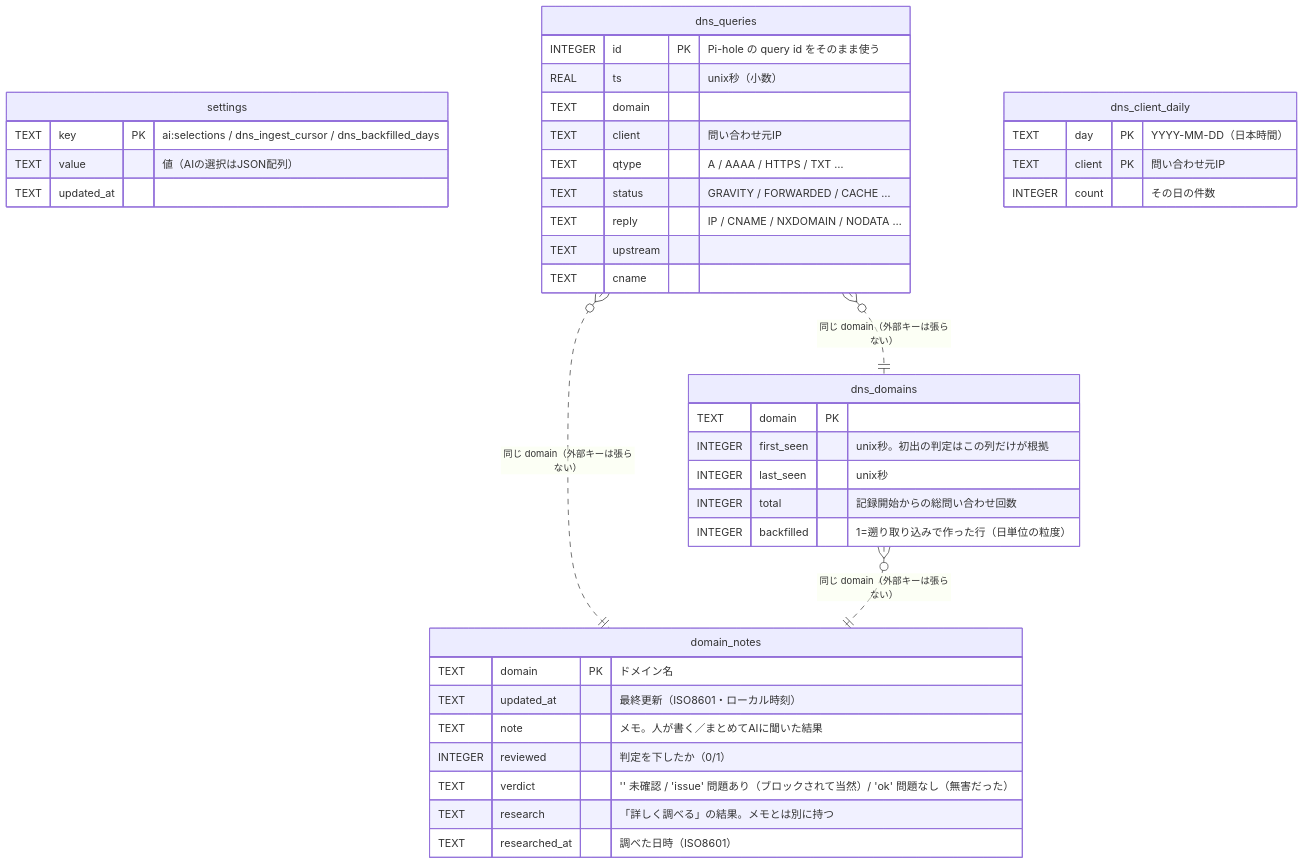
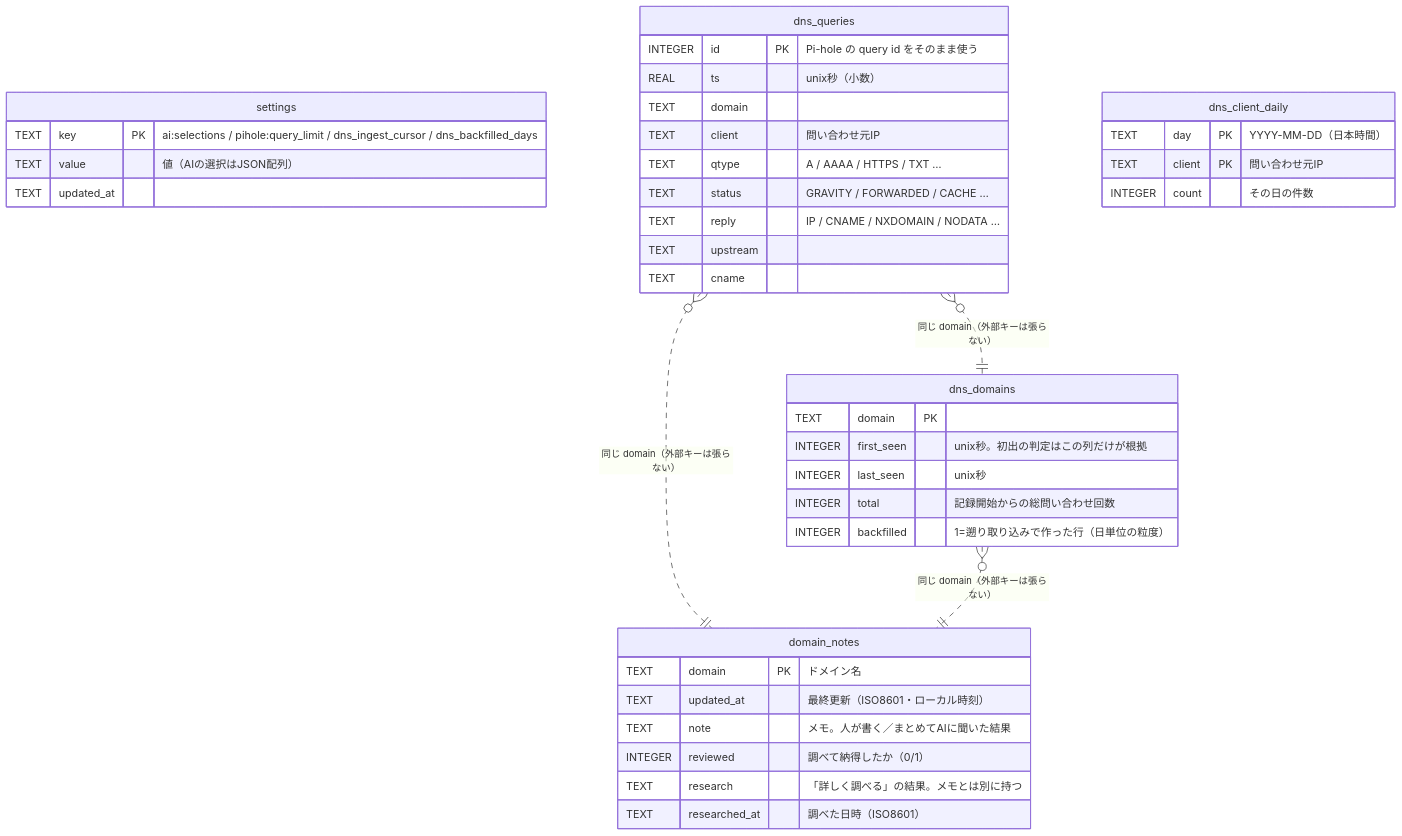
One commit to rtcode337/pihole-monitor changed the diagram in docs/database.md. Above: the diagram before and after it, drawn with Mermaid. The commit also changed other lines of this file and 21 other files, not shown here.

````diff
--- a/docs/database.md
+++ b/docs/database.md
@@ -20,44 +20,43 @@
 ```mermaid
 erDiagram
     domain_notes {
         TEXT domain PK "ドメイン名"
         TEXT updated_at "最終更新（ISO8601・ローカル時刻）"
         TEXT note "メモ。人が書く／まとめてAIに聞いた結果"
-        INTEGER reviewed "判定を下したか（0/1）"
-        TEXT verdict "'' 未確認 / 'issue' 問題あり（ブロックされて当然）/ 'ok' 問題なし（無害だった）"
+        INTEGER reviewed "調べて納得したか（0/1）"
         TEXT research "「詳しく調べる」の結果。メモとは別に持つ"
         TEXT researched_at "調べた日時（ISO8601）"
     }
     settings {
-        TEXT key PK "ai:selections / dns_ingest_cursor / dns_backfilled_days"
+        TEXT key PK "ai:selections / pihole:query_limit / dns_ingest_cursor / dns_backfilled_days"
         TEXT value "値（AIの選択はJSON配列）"
         TEXT updated_at
     }
     dns_queries {
         INTEGER id PK "Pi-hole の query id をそのまま使う"
         REAL ts "unix秒（小数）"
         TEXT domain
         TEXT client "問い合わせ元IP"
         TEXT qtype "A / AAAA / HTTPS / TXT …"
         TEXT status "GRAVITY / FORWARDED / CACHE …"
         TEXT reply "IP / CNAME / NXDOMAIN / NODATA …"
         TEXT upstream
         TEXT cname
     }
     dns_domains {
         TEXT domain PK
         INTEGER first_seen "unix秒。初出の判定はこの列だけが根拠"
         INTEGER last_seen "unix秒"
         INTEGER total "記録開始からの総問い合わせ回数"
         INTEGER backfilled "1=遡り取り込みで作った行（日単位の粒度）"
     }
     dns_client_daily {
         TEXT day PK "YYYY-MM-DD（日本時間）"
         TEXT client PK "問い合わせ元IP"
         INTEGER count "その日の件数"
     }
 
     dns_queries }o..|| dns_domains : "同じ domain（外部キーは張らない）"
     dns_queries }o..|| domain_notes : "同じ domain（外部キーは張らない）"
     dns_domains }o..|| domain_notes : "同じ domain（外部キーは張らない）"
 ```
````
